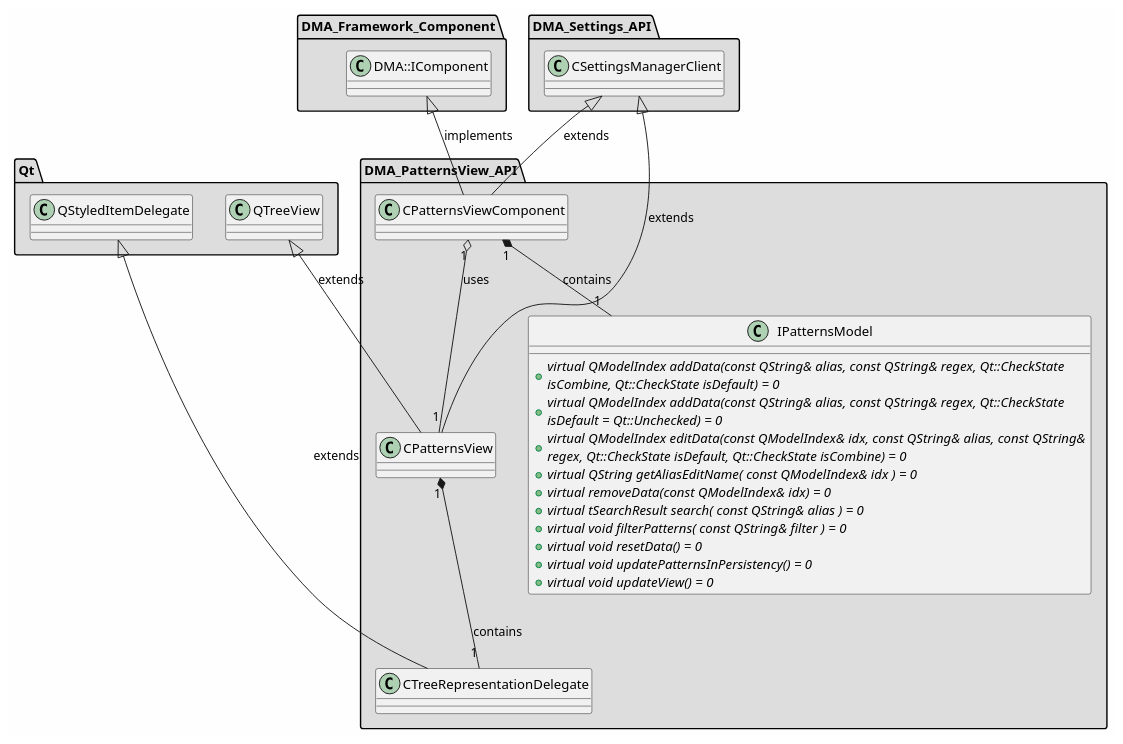
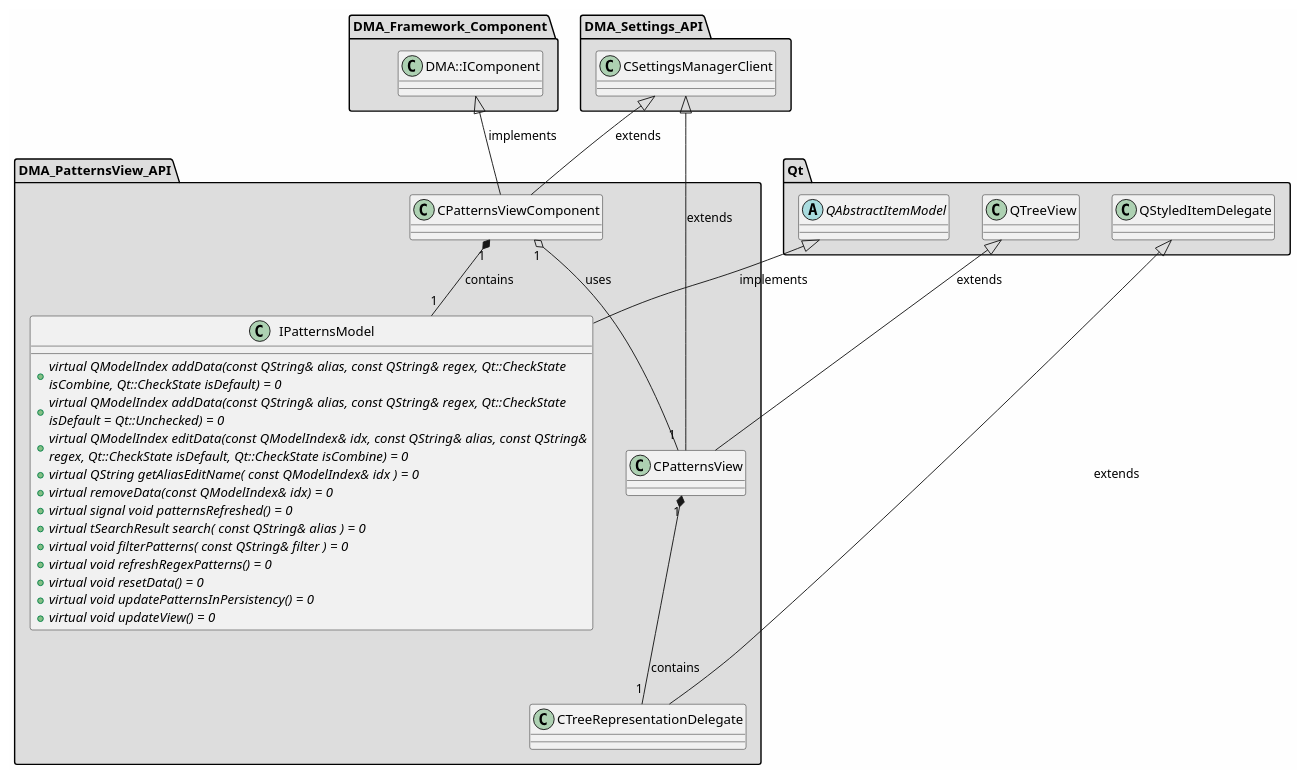
One commit to svlad-90/DLT-Message-Analyzer changed the diagram in md/dev_docs/puml/DMA_PatternsView_API_standalone.puml. Above: the diagram before and after it, drawn with PlantUML. The commit also changed 42 other files, not shown here.

```diff
--- a/md/dev_docs/puml/DMA_PatternsView_API_standalone.puml
+++ b/md/dev_docs/puml/DMA_PatternsView_API_standalone.puml
@@ -2,79 +2,86 @@
 @startuml
 
 skinparam backgroundColor #FEFEFE
 skinparam wrapWidth 600
 package "DMA_Framework_Component" #DDDDDD
 {
 
 class "DMA::IComponent"
 {
 }
 
 }
 
 package "DMA_PatternsView_API" #DDDDDD
 {
 
 class "CPatternsView"
 {
 }
 
 class "CPatternsViewComponent"
 {
 }
 
 class "CTreeRepresentationDelegate"
 {
 }
 
 class "IPatternsModel"
 {
     + {abstract} virtual QModelIndex addData(const QString& alias, const QString& regex, Qt::CheckState isCombine, Qt::CheckState isDefault) = 0
     + {abstract} virtual QModelIndex addData(const QString& alias, const QString& regex, Qt::CheckState isDefault = Qt::Unchecked) = 0
     + {abstract} virtual QModelIndex editData(const QModelIndex& idx, const QString& alias, const QString& regex, Qt::CheckState isDefault, Qt::CheckState isCombine) = 0
     + {abstract} virtual QString getAliasEditName( const QModelIndex& idx ) = 0
     + {abstract} virtual removeData(const QModelIndex& idx) = 0
+    + {abstract} virtual signal void patternsRefreshed() = 0
     + {abstract} virtual tSearchResult search( const QString& alias ) = 0
     + {abstract} virtual void filterPatterns( const QString& filter ) = 0
+    + {abstract} virtual void refreshRegexPatterns() = 0
     + {abstract} virtual void resetData() = 0
     + {abstract} virtual void updatePatternsInPersistency() = 0
     + {abstract} virtual void updateView() = 0
 }
 
 }
 
 package "DMA_Settings_API" #DDDDDD
 {
 
 class "CSettingsManagerClient"
 {
 }
 
 }
 
 package "Qt" #DDDDDD
 {
 
+abstract class "QAbstractItemModel"
+{
+}
+
 class "QStyledItemDelegate"
 {
 }
 
 class "QTreeView"
 {
 }
 
 }
 
 '====================Inheritance section====================
 CSettingsManagerClient <|-- CPatternsView : extends
 QTreeView <|-- CPatternsView : extends
 CSettingsManagerClient <|-- CPatternsViewComponent : extends
 DMA::IComponent <|-- CPatternsViewComponent : implements
 QStyledItemDelegate <|-- CTreeRepresentationDelegate : extends
+QAbstractItemModel <|-- IPatternsModel : implements
 
 '====================Dependencies section====================
 CPatternsView "1" *-- "1" CTreeRepresentationDelegate : contains
 CPatternsViewComponent "1" o-- "1" CPatternsView : uses
 CPatternsViewComponent "1" *-- "1" IPatternsModel : contains
 
 @enduml
```
